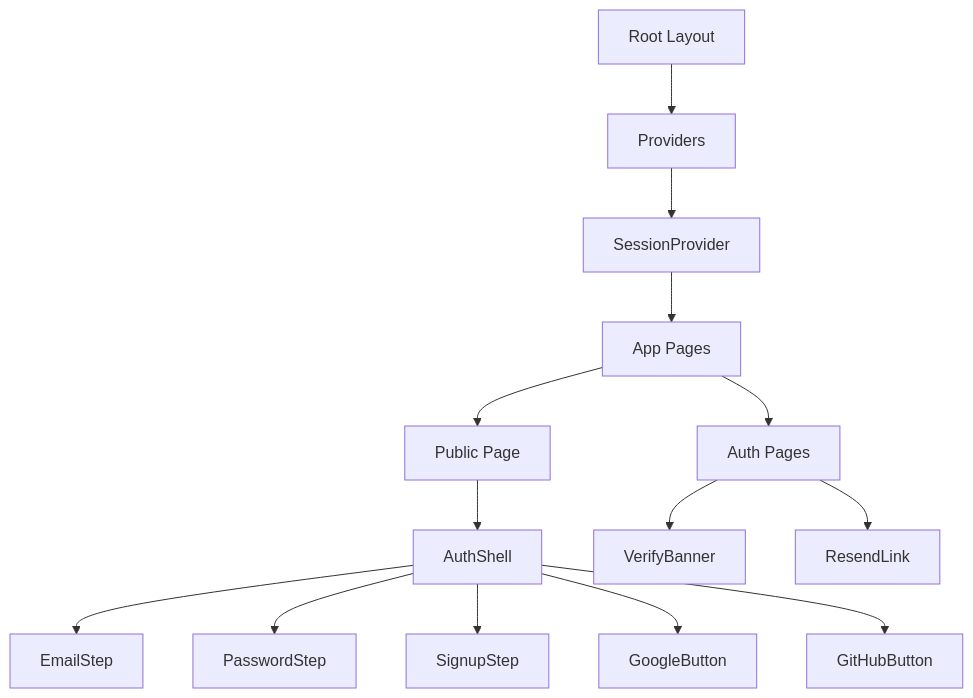
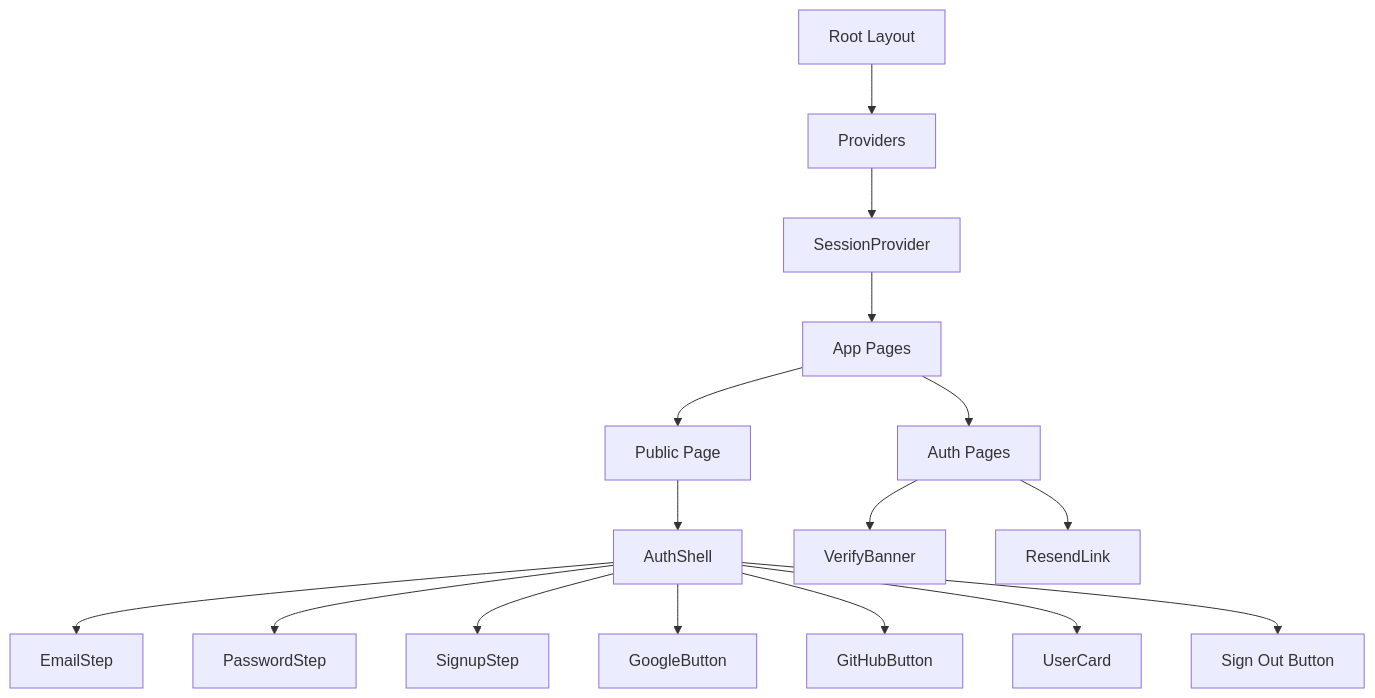
Before and after one commit to manumu-studio/m2-next-auth-prisma-postgres-starter: the seventh of 12 diagrams in docs/ARCHITECTURE.md, drawn with Mermaid. The commit also changed other lines of this file and 15 other files, not shown here.

````diff
--- a/docs/ARCHITECTURE.md
+++ b/docs/ARCHITECTURE.md
@@ -193,16 +193,18 @@
 ```mermaid
 graph TD
     A[Root Layout] --> B[Providers]
     B --> C[SessionProvider]
     C --> E[App Pages]
     E --> F[Public Page]
     E --> G[Auth Pages]
     F --> H[AuthShell]
     H --> I[EmailStep]
     H --> J[PasswordStep]
     H --> K[SignupStep]
     H --> L[GoogleButton]
     H --> M[GitHubButton]
-    G --> N[VerifyBanner]
-    G --> O[ResendLink]
+    H --> N[UserCard]
+    H --> O[Sign Out Button]
+    G --> P[VerifyBanner]
+    G --> Q[ResendLink]
 ```
````
